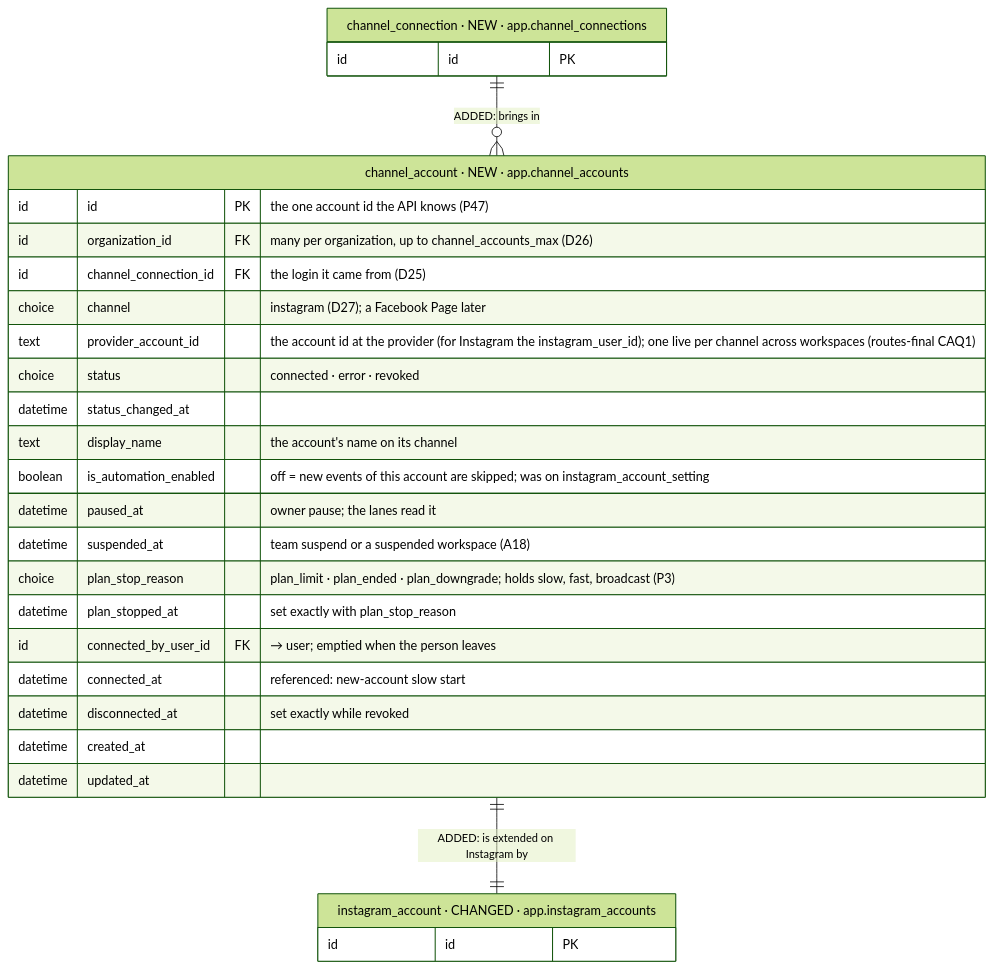
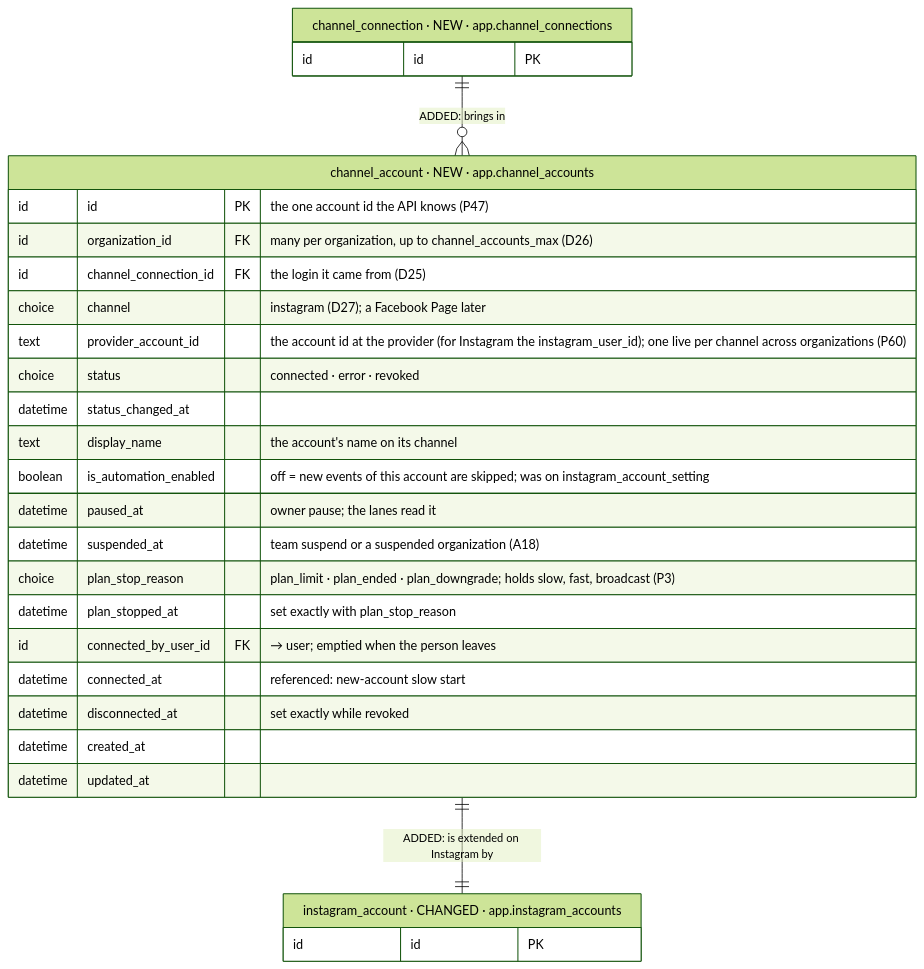
Before and after one commit to albetrios/meepzo-be: the fourth of 39 diagrams in iterations/feat-instagram-dm-sending-2026-11-23-oxak/plans/db-changes.md, drawn with Mermaid (forest theme). The commit also changed other lines of this file and 3 other files, not shown here.

````diff
--- a/iterations/feat-instagram-dm-sending-2026-11-23-oxak/plans/db-changes.md
+++ b/iterations/feat-instagram-dm-sending-2026-11-23-oxak/plans/db-changes.md
@@ -378,31 +403,31 @@
 ```mermaid
 erDiagram
   channel_account["channel_account · NEW · app.channel_accounts"] {
     id id PK "the one account id the API knows (P47)"
     id organization_id FK "many per organization, up to channel_accounts_max (D26)"
     id channel_connection_id FK "the login it came from (D25)"
     choice channel "instagram (D27); a Facebook Page later"
-    text provider_account_id "the account id at the provider (for Instagram the instagram_user_id); one live per channel across workspaces (routes-final CAQ1)"
+    text provider_account_id "the account id at the provider (for Instagram the instagram_user_id); one live per channel across organizations (P60)"
     choice status "connected · error · revoked"
     datetime status_changed_at
     text display_name "the account's name on its channel"
     boolean is_automation_enabled "off = new events of this account are skipped; was on instagram_account_setting"
     datetime paused_at "owner pause; the lanes read it"
-    datetime suspended_at "team suspend or a suspended workspace (A18)"
+    datetime suspended_at "team suspend or a suspended organization (A18)"
     choice plan_stop_reason "plan_limit · plan_ended · plan_downgrade; holds slow, fast, broadcast (P3)"
     datetime plan_stopped_at "set exactly with plan_stop_reason"
     id connected_by_user_id FK "→ user; emptied when the person leaves"
     datetime connected_at "referenced: new-account slow start"
     datetime disconnected_at "set exactly while revoked"
     datetime created_at
     datetime updated_at
   }
   channel_connection["channel_connection · NEW · app.channel_connections"] {
     id id PK
   }
   instagram_account["instagram_account · CHANGED · app.instagram_accounts"] {
     id id PK
   }
   channel_connection ||--o{ channel_account : "ADDED: brings in"
   channel_account ||--|| instagram_account : "ADDED: is extended on Instagram by"
 ```
````
